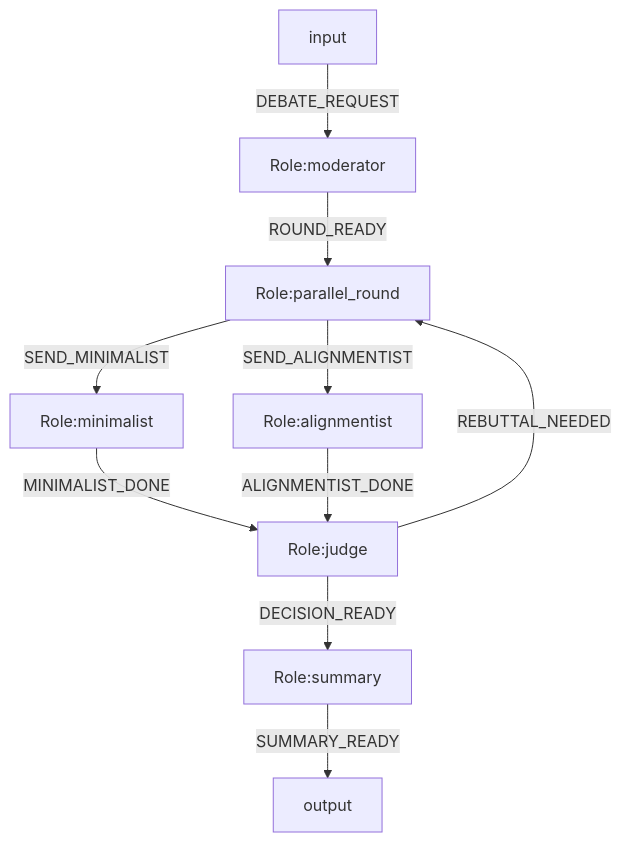
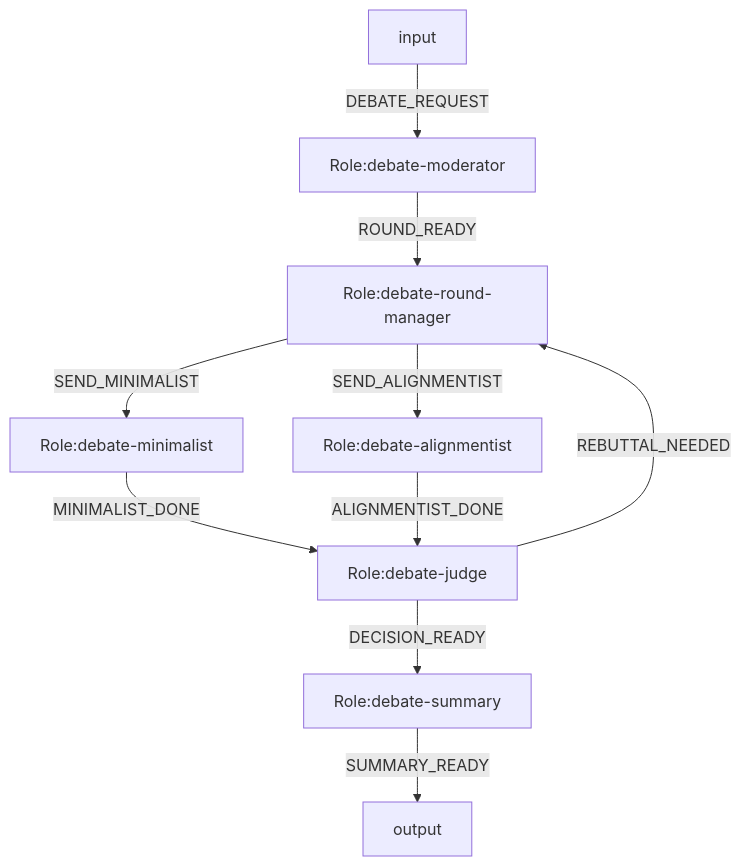
Before and after one commit to Fredericzhou/ogsystem: the second of 2 diagrams in docs/langgraph-engine-example-systems.md, drawn with Mermaid. The commit also changed other lines of this file and 78 other files, not shown here.

````diff
--- a/docs/langgraph-engine-example-systems.md
+++ b/docs/langgraph-engine-example-systems.md
@@ -222,31 +220,31 @@
 ```mermaid
 flowchart TD
 %% engine=langgraph
 %% system.id=architecture.debate.current
 %% system.version=1.0.0
 %% law.global=law.debate.base
-%% entry.role=moderator
-%% role.mode=parallel_round
-%% join.mode=all_of
-%% join.sources=minimalist,alignmentist
-%% loop.max=2
-%% exec.bind.moderator=profile.moderator.codex
-%% exec.bind.parallel_round=profile.round.codex
-%% exec.bind.minimalist=profile.minimalist.claude
-%% exec.bind.alignmentist=profile.alignmentist.gemini
-%% exec.bind.judge=profile.judge.codex
-%% exec.bind.summary=profile.summary.codex
+%% entry.role=debate-moderator
+%% role.mode.debate-round-manager=parallel_split
+%% join.mode.debate-judge=all_of
+%% join.sources.debate-judge=debate-minimalist,debate-alignmentist
+%% loop.max.debate-round-manager=2
+%% exec.bind.debate-moderator=profile.moderator.codex
+%% exec.bind.debate-round-manager=profile.round.codex
+%% exec.bind.debate-minimalist=profile.minimalist.claude
+%% exec.bind.debate-alignmentist=profile.alignmentist.gemini
+%% exec.bind.debate-judge=profile.judge.codex
+%% exec.bind.debate-summary=profile.summary.codex
 
-input -->|DEBATE_REQUEST| moderator[Role:moderator]
-moderator[Role:moderator] -->|ROUND_READY| parallel_round[Role:parallel_round]
+input -->|DEBATE_REQUEST| moderator[Role:debate-moderator]
+moderator[Role:debate-moderator] -->|ROUND_READY| parallel_round[Role:debate-round-manager]
 
-parallel_round[Role:parallel_round] -->|SEND_MINIMALIST| minimalist[Role:minimalist]
-parallel_round[Role:parallel_round] -->|SEND_ALIGNMENTIST| alignmentist[Role:alignmentist]
+parallel_round[Role:debate-round-manager] -->|SEND_MINIMALIST| minimalist[Role:debate-minimalist]
+parallel_round[Role:debate-round-manager] -->|SEND_ALIGNMENTIST| alignmentist[Role:debate-alignmentist]
 
-minimalist[Role:minimalist] -->|MINIMALIST_DONE| judge[Role:judge]
-alignmentist[Role:alignmentist] -->|ALIGNMENTIST_DONE| judge[Role:judge]
+minimalist[Role:debate-minimalist] -->|MINIMALIST_DONE| judge[Role:debate-judge]
+alignmentist[Role:debate-alignmentist] -->|ALIGNMENTIST_DONE| judge[Role:debate-judge]
 
-judge[Role:judge] -->|REBUTTAL_NEEDED| parallel_round[Role:parallel_round]
-judge[Role:judge] -->|DECISION_READY| summary[Role:summary]
-summary[Role:summary] -->|SUMMARY_READY| output
+judge[Role:debate-judge] -->|REBUTTAL_NEEDED| parallel_round[Role:debate-round-manager]
+judge[Role:debate-judge] -->|DECISION_READY| summary[Role:debate-summary]
+summary[Role:debate-summary] -->|SUMMARY_READY| output
 ```
````
